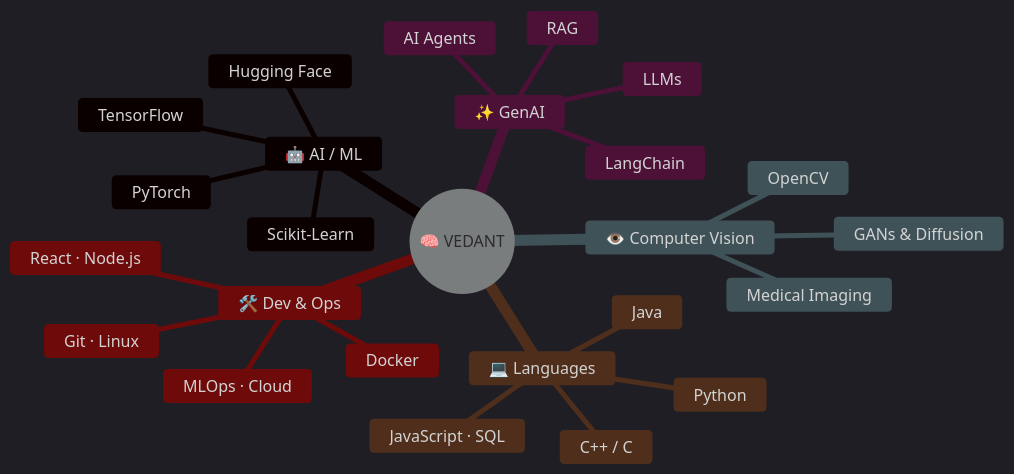
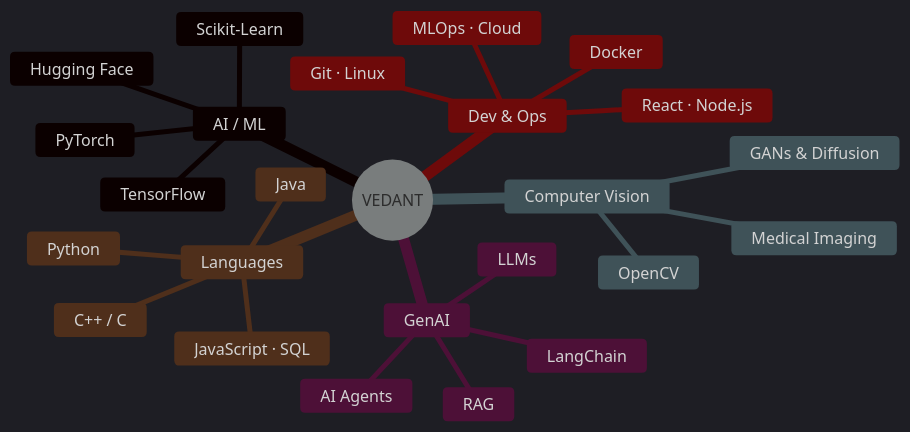
One commit to vedantjaiswal001/vedantjaiswal001 changed the diagram in README.md. Above: the diagram before and after it, drawn with Mermaid. The commit also changed other lines of this file, not shown here.

````diff
--- a/README.md
+++ b/README.md
@@ -69,29 +69,29 @@
 ```mermaid
 %%{init: {'theme':'dark', 'themeVariables': {'primaryColor':'#8E2DE2','primaryTextColor':'#fff','lineColor':'#00D4FF'}}}%%
 mindmap
-  root((🧠 VEDANT))
-    🤖 AI / ML
+  root((VEDANT))
+    AI / ML
       PyTorch
       TensorFlow
       Scikit-Learn
       Hugging Face
-    ✨ GenAI
+    GenAI
       LLMs
       RAG
       LangChain
       AI Agents
-    👁️ Computer Vision
+    Computer Vision
       OpenCV
       GANs & Diffusion
       Medical Imaging
-    💻 Languages
+    Languages
       Python
       C++ / C
       Java
       JavaScript · SQL
-    🛠️ Dev & Ops
+    Dev & Ops
       Docker
       Git · Linux
       React · Node.js
       MLOps · Cloud
 ```
````
